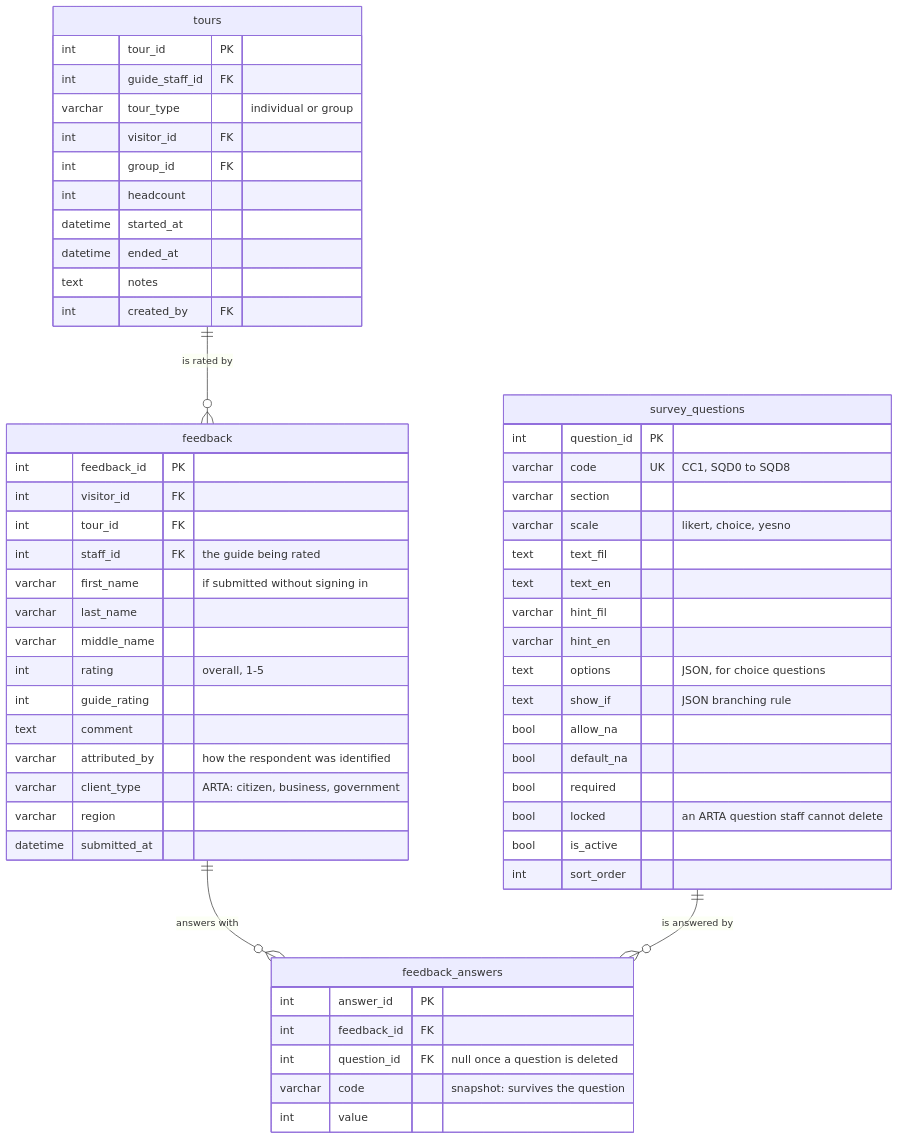
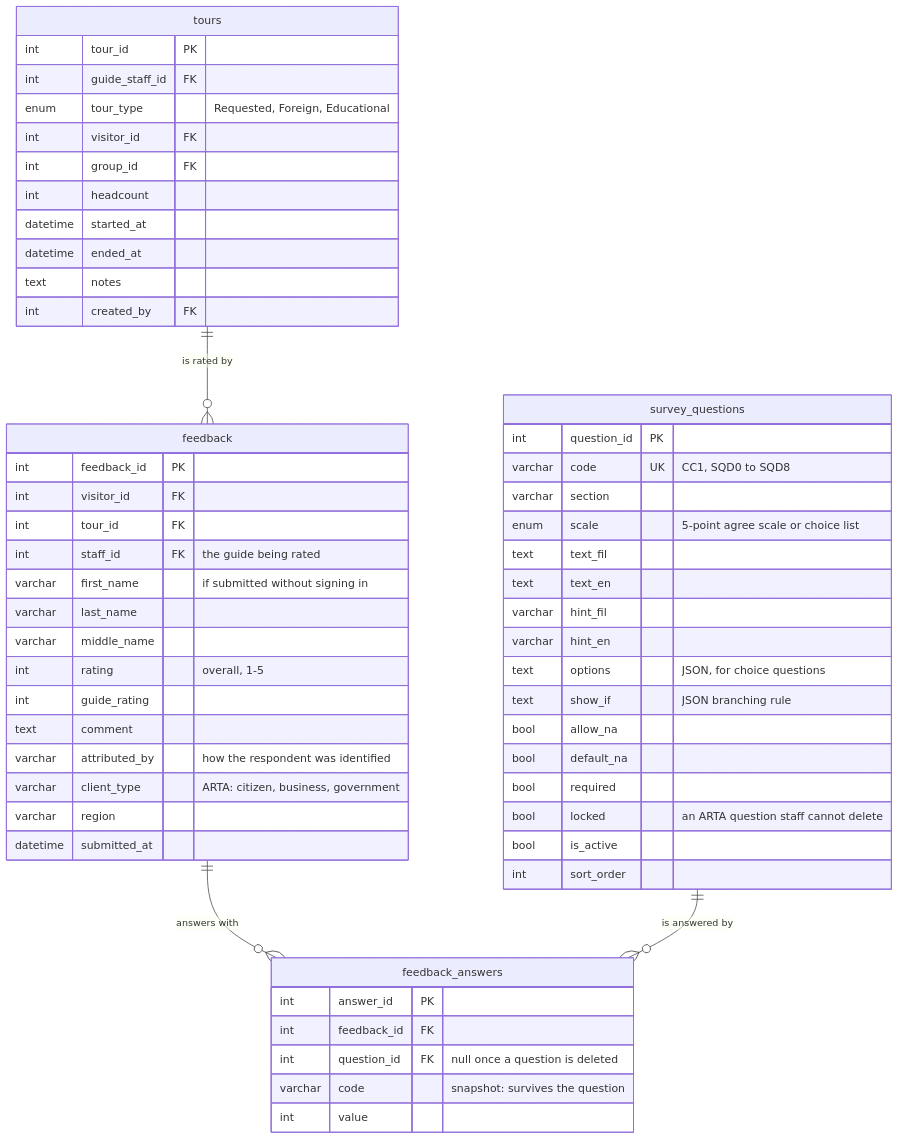
Before and after one commit to chyscre/museobaler: the fifth of 6 diagrams in docs/ERD.md, drawn with Mermaid. The commit also changed other lines of this file and 70 other files, not shown here.

````diff
--- a/docs/ERD.md
+++ b/docs/ERD.md
@@ -234,59 +355,59 @@
 ```mermaid
 erDiagram
     tours {
         int tour_id PK
         int guide_staff_id FK
-        varchar tour_type "individual or group"
+        enum tour_type "Requested, Foreign, Educational"
         int visitor_id FK
         int group_id FK
         int headcount
         datetime started_at
         datetime ended_at
         text notes
         int created_by FK
     }
     feedback {
         int feedback_id PK
         int visitor_id FK
         int tour_id FK
         int staff_id FK "the guide being rated"
         varchar first_name "if submitted without signing in"
         varchar last_name
         varchar middle_name
         int rating "overall, 1-5"
         int guide_rating
         text comment
         varchar attributed_by "how the respondent was identified"
         varchar client_type "ARTA: citizen, business, government"
         varchar region
         datetime submitted_at
     }
     survey_questions {
         int question_id PK
         varchar code UK "CC1, SQD0 to SQD8"
         varchar section
-        varchar scale "likert, choice, yesno"
+        enum scale "5-point agree scale or choice list"
         text text_fil
         text text_en
         varchar hint_fil
         varchar hint_en
         text options "JSON, for choice questions"
         text show_if "JSON branching rule"
         bool allow_na
         bool default_na
         bool required
         bool locked "an ARTA question staff cannot delete"
         bool is_active
         int sort_order
     }
     feedback_answers {
         int answer_id PK
         int feedback_id FK
         int question_id FK "null once a question is deleted"
         varchar code "snapshot: survives the question"
         int value
     }
     tours ||--o{ feedback : "is rated by"
     feedback ||--o{ feedback_answers : "answers with"
     survey_questions ||--o{ feedback_answers : "is answered by"
 ```
````
